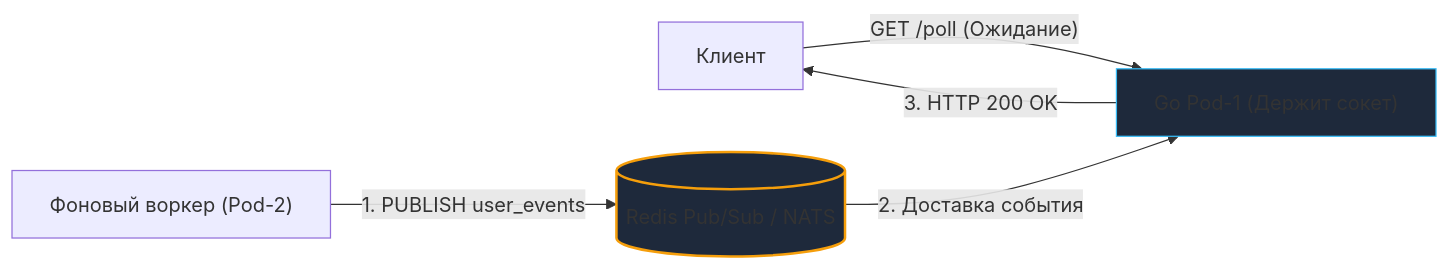
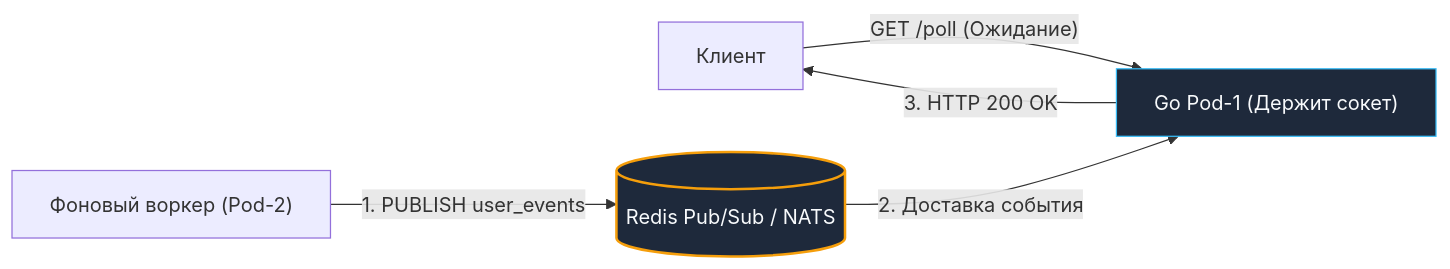
Before and after one commit to UnrealTemplier/go-textbook: the third of 3 diagrams in sources/10. Проектирование API и Сетевые протоколы/24. Long polling.md, drawn with Mermaid. The commit also changed other lines of this file and 310 other files, not shown here.

First line of the commit message:
fix(mermaid): replace light fill colors with dark palette for readability on dark theme

````diff
--- a/sources/10. Проектирование API и Сетевые протоколы/24. Long polling.md
+++ b/sources/10. Проектирование API и Сетевые протоколы/24. Long polling.md
@@ -251,10 +251,10 @@
 ```mermaid
 flowchart LR
     Client["Клиент"] -->|"GET /poll (Ожидание)"| Pod1["Go Pod-1 (Держит сокет)"]
     Worker["Фоновый воркер (Pod-2)"] -->|"1. PUBLISH user_events"| Bus[("Redis Pub/Sub / NATS")]
     Bus -->|"2. Доставка события"| Pod1
     Pod1 -->|"3. HTTP 200 OK"| Client
 
-    style Pod1 fill:#1e293b,stroke:#38bdf8,stroke-width:1px
-    style Bus fill:#1e293b,stroke:#f59e0b,stroke-width:2px
+    style Pod1 fill:#1e293b,stroke:#38bdf8,stroke-width:1px,color:#f8fafc
+    style Bus fill:#1e293b,stroke:#f59e0b,stroke-width:2px,color:#f8fafc
 ```
````
